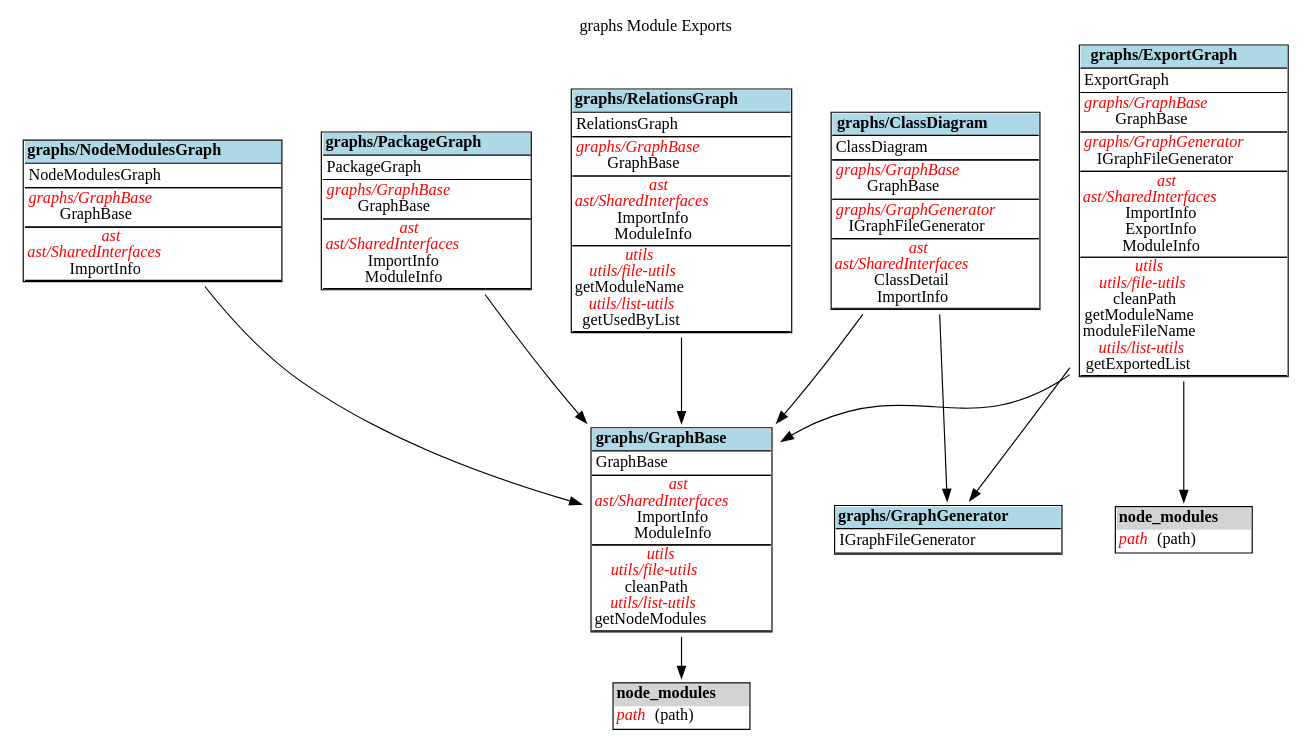
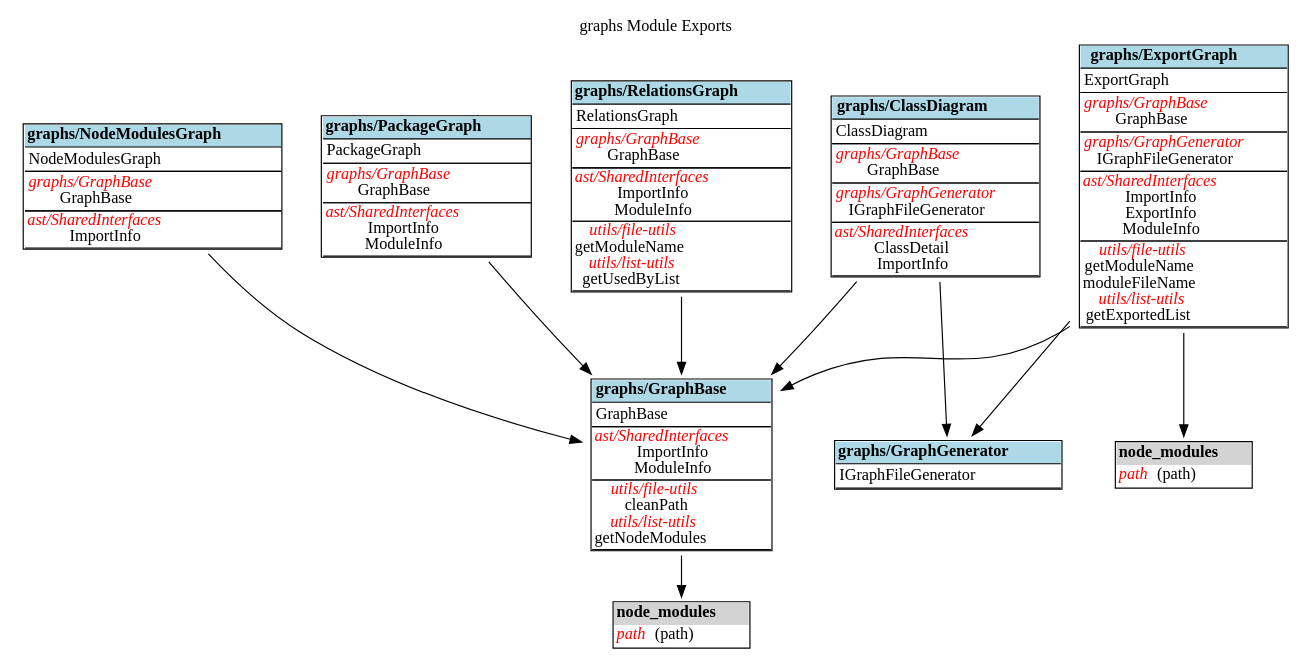
Before and after one commit to fleebe/GitHubPages: the diagram in dep-graph-ts/graphs/ExportGraph.dot, drawn with Graphviz. The commit also changed 97 other files, not shown here.

Commit message:
Update docs for dep-graph-ts from fleebe/dep-graph-ts workflow

```diff
--- a/dep-graph-ts/graphs/ExportGraph.dot
+++ b/dep-graph-ts/graphs/ExportGraph.dot
@@ -1,153 +1,143 @@
 digraph {label="graphs Module Exports";
 labelloc="t";
 "graphs/ClassDiagram" [shape=none, label=<<TABLE cellspacing="0" cellborder="0" align="left">
 <TR><TD bgcolor="lightblue" align="center"><B>graphs/ClassDiagram</B></TD></TR>
 <TR><TD BORDER="1" SIDES="TB" align="left">
 ClassDiagram<BR/>
 </TD></TR>
 <TR><TD BORDER="1" SIDES="TB" align="left">
 <font color="red"><I>graphs/GraphBase</I></font><BR/>
 GraphBase<BR/>
 </TD></TR>
 <TR><TD BORDER="1" SIDES="TB" align="left">
 <font color="red"><I>graphs/GraphGenerator</I></font><BR/>
 IGraphFileGenerator<BR/>
 </TD></TR>
-<TR><TD BORDER="1" SIDES="TB" cellpadding="1" align="left" HREF="diagrams.html#ast" TARGET="_top">
-<font color="red"><I>ast</I></font><BR/>
+<TR><TD BORDER="1" SIDES="TB" cellpadding="1" align="left">
 <font color="red"><I>ast/SharedInterfaces</I></font><BR/>
 ClassDetail<BR/>
 ImportInfo<BR/>
 </TD></TR>
 </TABLE>>];
 "graphs/ExportGraph" [shape=none, label=<<TABLE cellspacing="0" cellborder="0" align="left">
 <TR><TD bgcolor="lightblue" align="center"><B>graphs/ExportGraph</B></TD></TR>
 <TR><TD BORDER="1" SIDES="TB" align="left">
 ExportGraph<BR/>
 </TD></TR>
 <TR><TD BORDER="1" SIDES="TB" align="left">
 <font color="red"><I>graphs/GraphBase</I></font><BR/>
 GraphBase<BR/>
 </TD></TR>
 <TR><TD BORDER="1" SIDES="TB" align="left">
 <font color="red"><I>graphs/GraphGenerator</I></font><BR/>
 IGraphFileGenerator<BR/>
 </TD></TR>
-<TR><TD BORDER="1" SIDES="TB" cellpadding="1" align="left" HREF="diagrams.html#ast" TARGET="_top">
-<font color="red"><I>ast</I></font><BR/>
+<TR><TD BORDER="1" SIDES="TB" cellpadding="1" align="left">
 <font color="red"><I>ast/SharedInterfaces</I></font><BR/>
 ImportInfo<BR/>
 ExportInfo<BR/>
 ModuleInfo<BR/>
 </TD></TR>
-<TR><TD BORDER="1" SIDES="TB" cellpadding="1" align="left" HREF="diagrams.html#utils" TARGET="_top">
-<font color="red"><I>utils</I></font><BR/>
+<TR><TD BORDER="1" SIDES="TB" cellpadding="1" align="left">
 <font color="red"><I>utils/file-utils</I></font><BR/>
-cleanPath<BR/>
 getModuleName<BR/>
 moduleFileName<BR/>
 <font color="red"><I>utils/list-utils</I></font><BR/>
 getExportedList<BR/>
 </TD></TR>
 </TABLE>>];
 "graphs/ExportGraph-node_modules" [shape=none, label=<<TABLE cellspacing="0" cellborder="0" align="left">
 <TR><TD bgcolor="lightgrey" align="center"><B>node_modules</B></TD></TR>
 <TR><TD align="left">
 <font color="red"><I>path</I></font> (path)<BR/>
 </TD></TR>
 </TABLE>>];
 "graphs/ExportGraph"->"graphs/ExportGraph-node_modules";
 "graphs/GraphBase" [shape=none, label=<<TABLE cellspacing="0" cellborder="0" align="left">
 <TR><TD bgcolor="lightblue" align="center"><B>graphs/GraphBase</B></TD></TR>
 <TR><TD BORDER="1" SIDES="TB" align="left">
 GraphBase<BR/>
 </TD></TR>
-<TR><TD BORDER="1" SIDES="TB" cellpadding="1" align="left" HREF="diagrams.html#ast" TARGET="_top">
-<font color="red"><I>ast</I></font><BR/>
+<TR><TD BORDER="1" SIDES="TB" cellpadding="1" align="left">
 <font color="red"><I>ast/SharedInterfaces</I></font><BR/>
 ImportInfo<BR/>
 ModuleInfo<BR/>
 </TD></TR>
-<TR><TD BORDER="1" SIDES="TB" cellpadding="1" align="left" HREF="diagrams.html#utils" TARGET="_top">
-<font color="red"><I>utils</I></font><BR/>
+<TR><TD BORDER="1" SIDES="TB" cellpadding="1" align="left">
 <font color="red"><I>utils/file-utils</I></font><BR/>
 cleanPath<BR/>
 <font color="red"><I>utils/list-utils</I></font><BR/>
 getNodeModules<BR/>
 </TD></TR>
 </TABLE>>];
 "graphs/GraphBase-node_modules" [shape=none, label=<<TABLE cellspacing="0" cellborder="0" align="left">
 <TR><TD bgcolor="lightgrey" align="center"><B>node_modules</B></TD></TR>
 <TR><TD align="left">
 <font color="red"><I>path</I></font> (path)<BR/>
 </TD></TR>
 </TABLE>>];
 "graphs/GraphBase"->"graphs/GraphBase-node_modules";
 "graphs/GraphGenerator" [shape=none, label=<<TABLE cellspacing="0" cellborder="0" align="left">
 <TR><TD bgcolor="lightblue" align="center"><B>graphs/GraphGenerator</B></TD></TR>
 <TR><TD BORDER="1" SIDES="TB" align="left">
 IGraphFileGenerator<BR/>
 </TD></TR>
 </TABLE>>];
 "graphs/NodeModulesGraph" [shape=none, label=<<TABLE cellspacing="0" cellborder="0" align="left">
 <TR><TD bgcolor="lightblue" align="center"><B>graphs/NodeModulesGraph</B></TD></TR>
 <TR><TD BORDER="1" SIDES="TB" align="left">
 NodeModulesGraph<BR/>
 </TD></TR>
 <TR><TD BORDER="1" SIDES="TB" align="left">
 <font color="red"><I>graphs/GraphBase</I></font><BR/>
 GraphBase<BR/>
 </TD></TR>
-<TR><TD BORDER="1" SIDES="TB" cellpadding="1" align="left" HREF="diagrams.html#ast" TARGET="_top">
-<font color="red"><I>ast</I></font><BR/>
+<TR><TD BORDER="1" SIDES="TB" cellpadding="1" align="left">
 <font color="red"><I>ast/SharedInterfaces</I></font><BR/>
 ImportInfo<BR/>
 </TD></TR>
 </TABLE>>];
 "graphs/PackageGraph" [shape=none, label=<<TABLE cellspacing="0" cellborder="0" align="left">
 <TR><TD bgcolor="lightblue" align="center"><B>graphs/PackageGraph</B></TD></TR>
 <TR><TD BORDER="1" SIDES="TB" align="left">
 PackageGraph<BR/>
 </TD></TR>
 <TR><TD BORDER="1" SIDES="TB" align="left">
 <font color="red"><I>graphs/GraphBase</I></font><BR/>
 GraphBase<BR/>
 </TD></TR>
-<TR><TD BORDER="1" SIDES="TB" cellpadding="1" align="left" HREF="diagrams.html#ast" TARGET="_top">
-<font color="red"><I>ast</I></font><BR/>
+<TR><TD BORDER="1" SIDES="TB" cellpadding="1" align="left">
 <font color="red"><I>ast/SharedInterfaces</I></font><BR/>
 ImportInfo<BR/>
 ModuleInfo<BR/>
 </TD></TR>
 </TABLE>>];
 "graphs/RelationsGraph" [shape=none, label=<<TABLE cellspacing="0" cellborder="0" align="left">
 <TR><TD bgcolor="lightblue" align="center"><B>graphs/RelationsGraph</B></TD></TR>
 <TR><TD BORDER="1" SIDES="TB" align="left">
 RelationsGraph<BR/>
 </TD></TR>
 <TR><TD BORDER="1" SIDES="TB" align="left">
 <font color="red"><I>graphs/GraphBase</I></font><BR/>
 GraphBase<BR/>
 </TD></TR>
-<TR><TD BORDER="1" SIDES="TB" cellpadding="1" align="left" HREF="diagrams.html#ast" TARGET="_top">
-<font color="red"><I>ast</I></font><BR/>
+<TR><TD BORDER="1" SIDES="TB" cellpadding="1" align="left">
 <font color="red"><I>ast/SharedInterfaces</I></font><BR/>
 ImportInfo<BR/>
 ModuleInfo<BR/>
 </TD></TR>
-<TR><TD BORDER="1" SIDES="TB" cellpadding="1" align="left" HREF="diagrams.html#utils" TARGET="_top">
-<font color="red"><I>utils</I></font><BR/>
+<TR><TD BORDER="1" SIDES="TB" cellpadding="1" align="left">
 <font color="red"><I>utils/file-utils</I></font><BR/>
 getModuleName<BR/>
 <font color="red"><I>utils/list-utils</I></font><BR/>
 getUsedByList<BR/>
 </TD></TR>
 </TABLE>>];
 "graphs/ClassDiagram"->"graphs/GraphBase";
 "graphs/ClassDiagram"->"graphs/GraphGenerator";
 "graphs/ExportGraph"->"graphs/GraphBase";
 "graphs/ExportGraph"->"graphs/GraphGenerator";
 "graphs/NodeModulesGraph"->"graphs/GraphBase";
 "graphs/PackageGraph"->"graphs/GraphBase";
 "graphs/RelationsGraph"->"graphs/GraphBase";
 }
```
